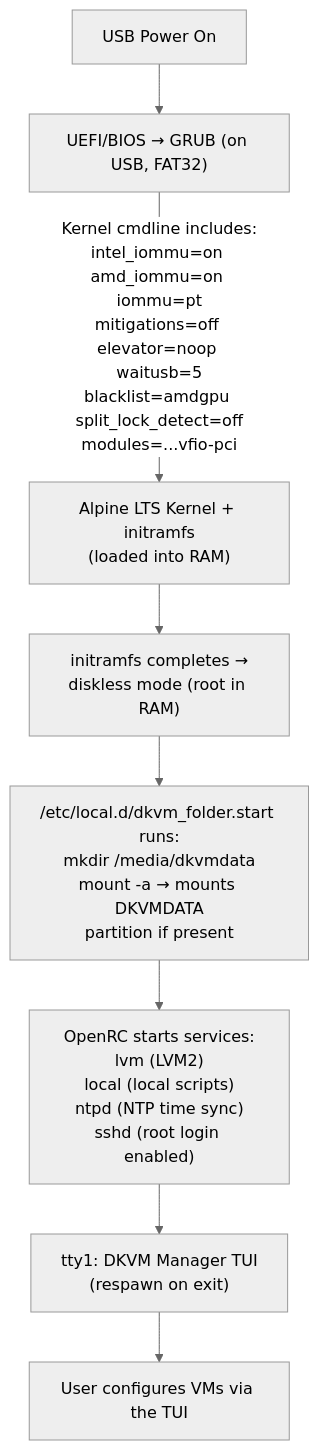
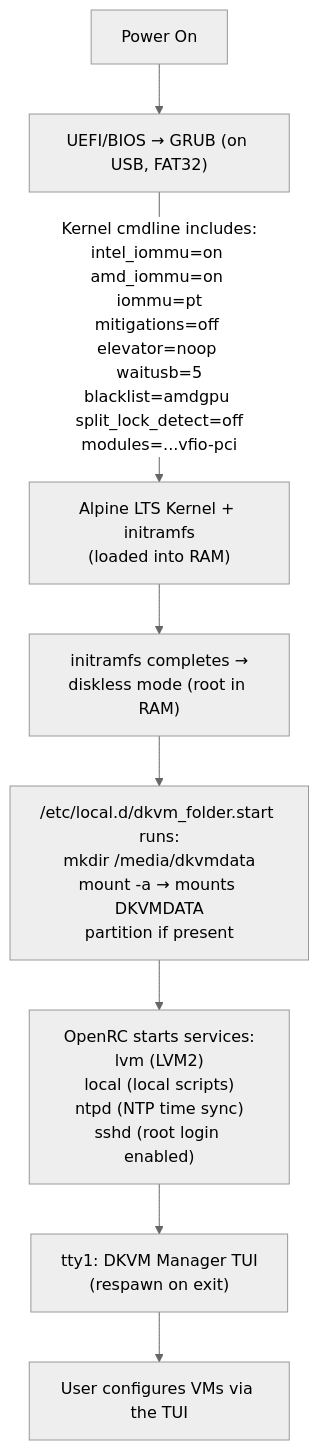
Before and after one commit to glemsom/dkvm: the first of 3 diagrams in docs/contributor/architecture.md, drawn with Mermaid (neutral theme).

Commit message:
Fix boot sequence diagram: 'Power On' not 'USB Power On'

````diff
--- a/docs/contributor/architecture.md
+++ b/docs/contributor/architecture.md
@@ -13,19 +13,19 @@
 ```mermaid
 flowchart TD
-    USB["USB Power On"]
+    USB["Power On"]
     GRUB["UEFI/BIOS → GRUB (on USB, FAT32)"]
     KERNEL["Alpine LTS Kernel + initramfs<br/>(loaded into RAM)"]
     DISKLESS["initramfs completes →<br/>diskless mode (root in RAM)"]
     START["/etc/local.d/dkvm_folder.start runs:<br/>mkdir /media/dkvmdata<br/>mount -a → mounts DKVMDATA<br/>partition if present"]
     SERVICES["OpenRC starts services:<br/>lvm (LVM2)<br/>local (local scripts)<br/>ntpd (NTP time sync)<br/>sshd (root login enabled)"]
     TUI["tty1: DKVM Manager TUI<br/>(respawn on exit)"]
     USER["User configures VMs via the TUI"]
 
     USB --> GRUB
     GRUB -->|"Kernel cmdline includes:<br/>intel_iommu=on amd_iommu=on iommu=pt<br/>mitigations=off elevator=noop waitusb=5<br/>blacklist=amdgpu split_lock_detect=off<br/>modules=...vfio-pci"| KERNEL
     KERNEL --> DISKLESS
     DISKLESS --> START
     START --> SERVICES
     SERVICES --> TUI
     TUI --> USER
 ```
````
